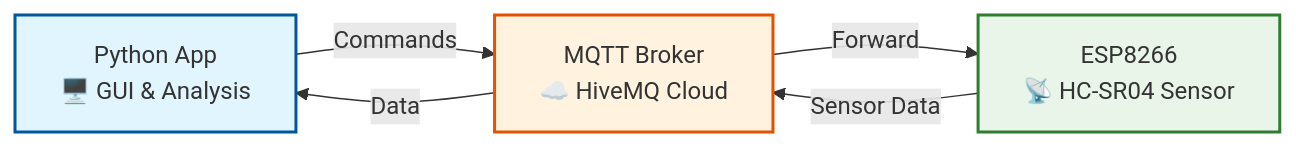
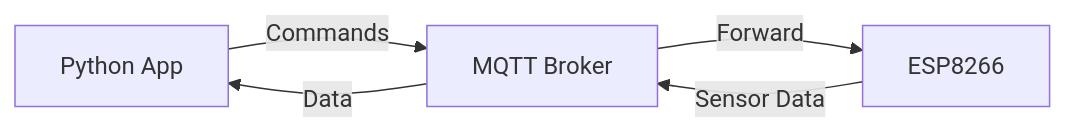
The first of 2 diagrams in README.md (Ajitot/KoefisienRestitusiIOTApp), drawn with Mermaid before and after one commit. The commit also changed other lines of this file, not shown here.

````diff
--- a/README.md
+++ b/README.md
@@ -75,20 +166,7 @@
 ```mermaid
 graph LR
-    A[Python App<br/>🖥️ GUI & Analysis] 
-    B[MQTT Broker<br/>☁️ HiveMQ Cloud]
-    C[ESP8266<br/>📡 HC-SR04 Sensor]
-
-    A -->|Commands| B
-    B -->|Forward| C  
+    A[Python App] -->|Commands| B[MQTT Broker]
+    B -->|Forward| C[ESP8266]
     C -->|Sensor Data| B
     B -->|Data| A
-
-    %% Styling
-    classDef python fill:#e1f5fe,stroke:#01579b,stroke-width:2px
-    classDef mqtt fill:#fff3e0,stroke:#e65100,stroke-width:2px
-    classDef esp fill:#e8f5e8,stroke:#2e7d32,stroke-width:2px
-
-    class A python
-    class B mqtt
-    class C esp
 ```
````
